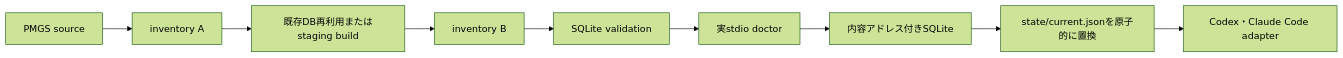
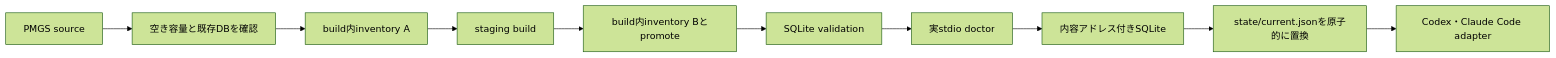
The second of 2 diagrams in docs/architecture.md (Nagi-Inaba/pmgs-reference), drawn with Mermaid (forest theme) before and after one commit. The commit also changed other lines of this file and 73 other files, not shown here.

````diff
--- a/docs/architecture.md
+++ b/docs/architecture.md
@@ -59,11 +70,12 @@
 ```mermaid
 flowchart LR
-    A["PMGS source"] --> B["inventory A"]
-    B --> C["既存DB再利用またはstaging build"]
-    C --> D["inventory B"]
-    D --> E["SQLite validation"]
-    E --> F["実stdio doctor"]
-    F --> G["内容アドレス付きSQLite"]
-    G --> H["state/current.jsonを原子的に置換"]
-    H --> I["Codex・Claude Code adapter"]
+    A["PMGS source"] --> B["空き容量と既存DBを確認"]
+    B --> C["build内inventory A"]
+    C --> D["staging build"]
+    D --> E["build内inventory Bとpromote"]
+    E --> F["SQLite validation"]
+    F --> G["実stdio doctor"]
+    G --> H["内容アドレス付きSQLite"]
+    H --> I["state/current.jsonを原子的に置換"]
+    I --> J["Codex・Claude Code adapter"]
 ```
````
